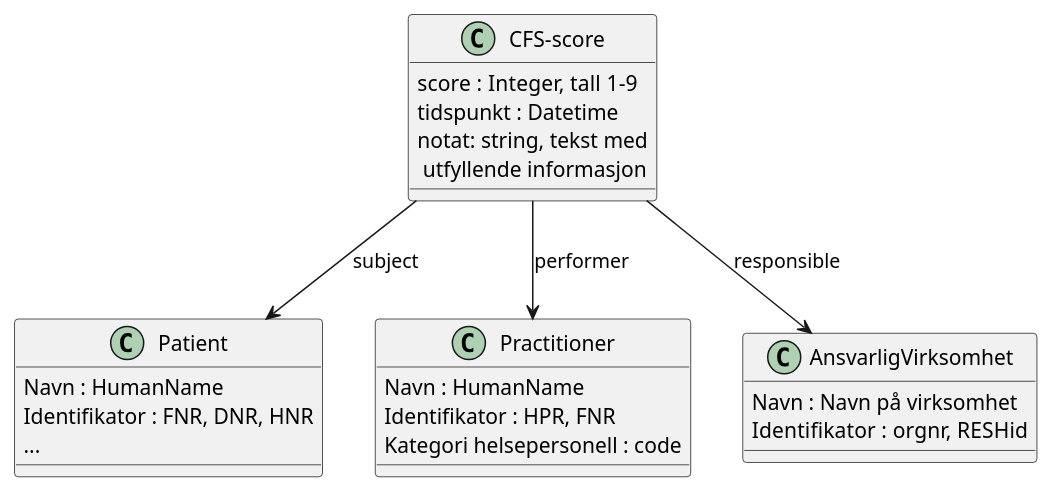
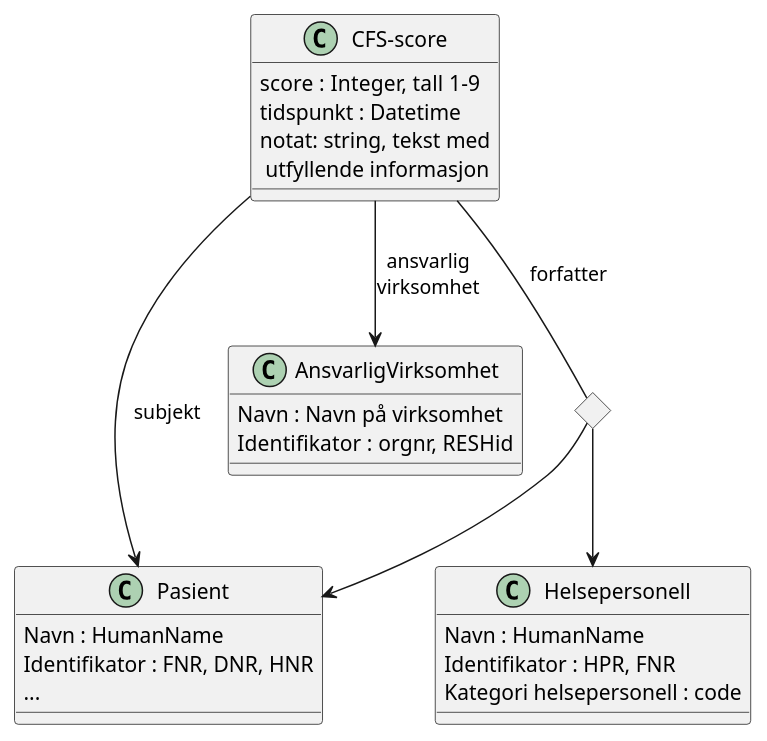
The diagram in VkpObservation/input/images-source/datamodell-cfs.plantuml (HL7Norway/VkpObservation), drawn with PlantUML before and after one commit.

Commit message:
oppdatert logisk modell

```diff
--- a/VkpObservation/input/images-source/datamodell-cfs.plantuml
+++ b/VkpObservation/input/images-source/datamodell-cfs.plantuml
@@ -1,29 +1,33 @@
 @startuml
 class "CFS-score"{
    score : Integer, tall 1-9
    tidspunkt : Datetime
    notat: string, tekst med\n utfyllende informasjon
 }
 
-class Patient {
+class Pasient {
    Navn : HumanName
    Identifikator : FNR, DNR, HNR
    ...
 }
 
-Class Practitioner {
+Class Helsepersonell {
    Navn : HumanName
    Identifikator : HPR, FNR
    Kategori helsepersonell : code
 }
 
 Class AnsvarligVirksomhet {
    Navn : Navn på virksomhet
    Identifikator : orgnr, RESHid
 }
 
-"CFS-score" --> Patient : subject
-"CFS-score" --> Practitioner : performer
-"CFS-score" --> AnsvarligVirksomhet :responsible
+<> diamond
+
+"CFS-score" --> Pasient :subjekt
+"CFS-score" -- diamond :forfatter
+diamond --> Helsepersonell
+diamond --> Pasient
+"CFS-score" --> AnsvarligVirksomhet :ansvarlig\nvirksomhet
 
 @enduml
```
